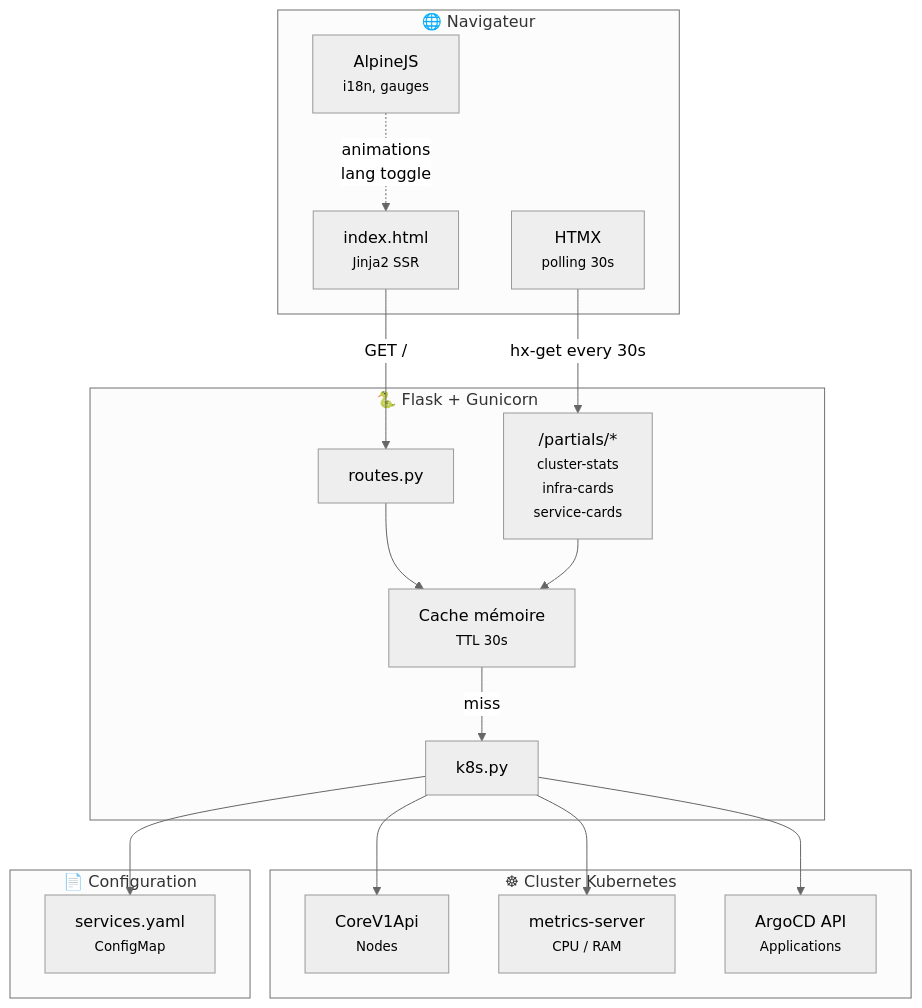
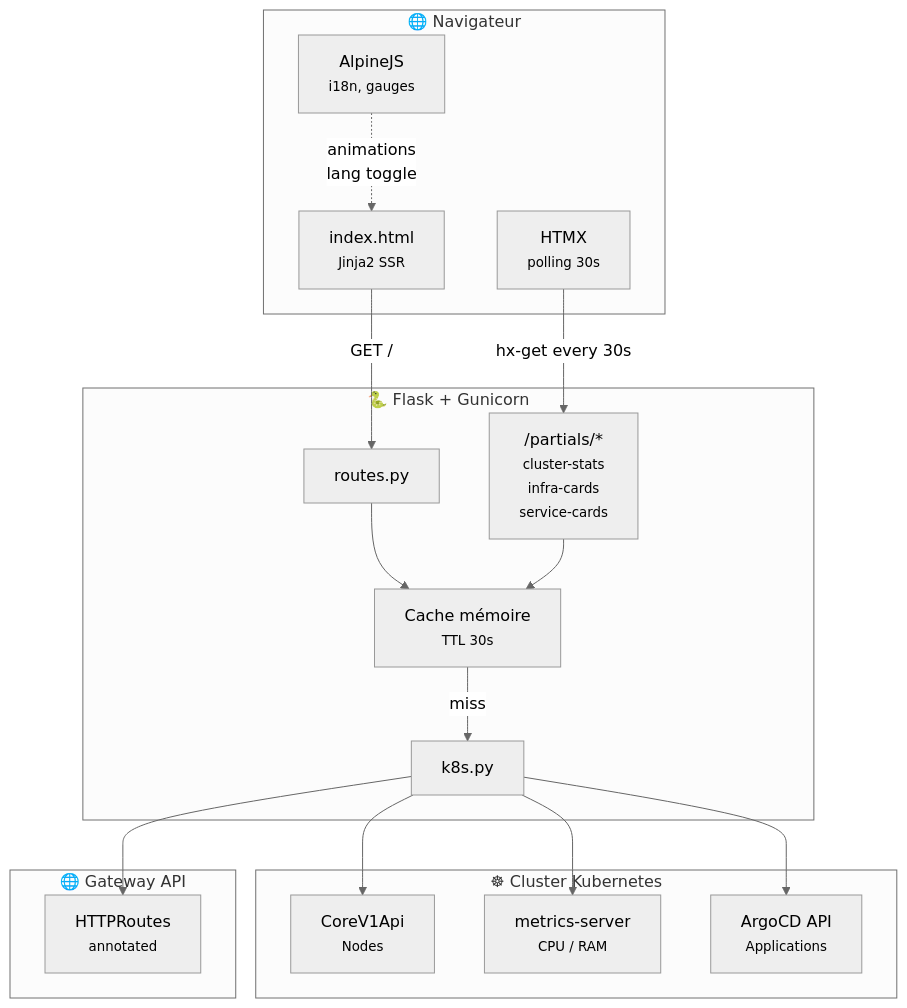
One commit to naqa92-portfolio-projects/talos-landing changed the first of 2 diagrams in README.md. Above: the diagram before and after it, drawn with Mermaid (neutral theme). The commit also changed other lines of this file and 4 other files, not shown here.

````diff
--- a/README.md
+++ b/README.md
@@ -20,36 +20,36 @@
 ```mermaid
 flowchart TB
     subgraph Browser["🌐 Navigateur"]
         HTML["index.html<br/><small>Jinja2 SSR</small>"]
         HTMX["HTMX<br/><small>polling 30s</small>"]
         Alpine["AlpineJS<br/><small>i18n, gauges</small>"]
     end
 
     subgraph Flask["🐍 Flask + Gunicorn"]
         Routes["routes.py"]
         Partials["/partials/*<br/><small>cluster-stats<br/>infra-cards<br/>service-cards</small>"]
         Cache["Cache mémoire<br/><small>TTL 30s</small>"]
         K8sClient["k8s.py"]
     end
 
     subgraph K8s["☸ Cluster Kubernetes"]
         Nodes["CoreV1Api<br/><small>Nodes</small>"]
         Metrics["metrics-server<br/><small>CPU / RAM</small>"]
         Argo["ArgoCD API<br/><small>Applications</small>"]
     end
 
-    subgraph Config["📄 Configuration"]
-        SvcYAML["services.yaml<br/><small>ConfigMap</small>"]
+    subgraph K8sGw["🌐 Gateway API"]
+        HTTPRoutes["HTTPRoutes<br/><small>annotated</small>"]
     end
 
     HTML -->|"GET /"| Routes
     HTMX -->|"hx-get every 30s"| Partials
     Alpine -.->|"animations<br/>lang toggle"| HTML
     Routes --> Cache
     Partials --> Cache
     Cache -->|"miss"| K8sClient
     K8sClient --> Nodes
     K8sClient --> Metrics
     K8sClient --> Argo
-    K8sClient --> SvcYAML
+    K8sClient --> HTTPRoutes
 ```
````
